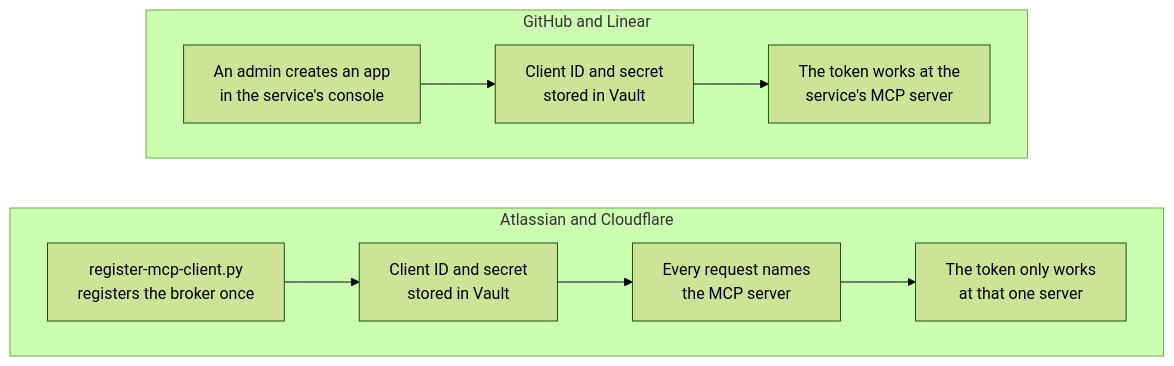
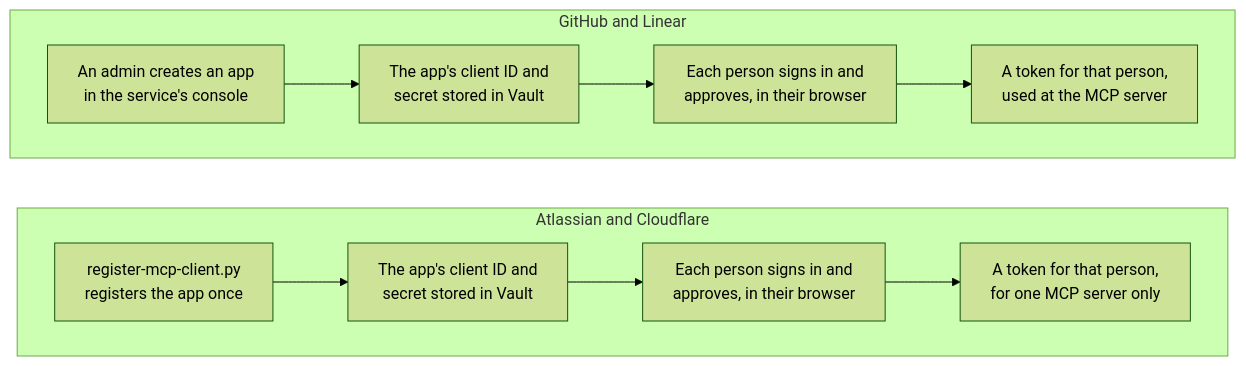
One commit to chief-builder/vendor-token-broker changed the fourth of 5 diagrams in docs/overview.md. Above: the diagram before and after it, drawn with Mermaid (forest theme). The commit also changed other lines of this file and 1 other file, not shown here.

Commit message:
docs: show that every service token comes from a person signing in

````diff
--- a/docs/overview.md
+++ b/docs/overview.md
@@ -107,15 +107,16 @@
 ```mermaid
 flowchart TB
     subgraph A["GitHub and Linear"]
         direction LR
-        A1["An admin creates an app<br/>in the service's console"] --> A2["Client ID and secret<br/>stored in Vault"]
-        A2 --> A3["The token works at the<br/>service's MCP server"]
+        A1["An admin creates an app<br/>in the service's console"] --> A2["The app's client ID and<br/>secret stored in Vault"]
+        A2 --> A4["Each person signs in and<br/>approves, in their browser"]
+        A4 --> A3["A token for that person,<br/>used at the MCP server"]
     end
     subgraph M["Atlassian and Cloudflare"]
         direction LR
-        M1["register-mcp-client.py<br/>registers the broker once"] --> M2["Client ID and secret<br/>stored in Vault"]
-        M2 --> M3["Every request names<br/>the MCP server"]
-        M3 --> M4["The token only works<br/>at that one server"]
+        M1["register-mcp-client.py<br/>registers the app once"] --> M2["The app's client ID and<br/>secret stored in Vault"]
+        M2 --> M5["Each person signs in and<br/>approves, in their browser"]
+        M5 --> M4["A token for that person,<br/>for one MCP server only"]
     end
     A ~~~ M
 ```
````
